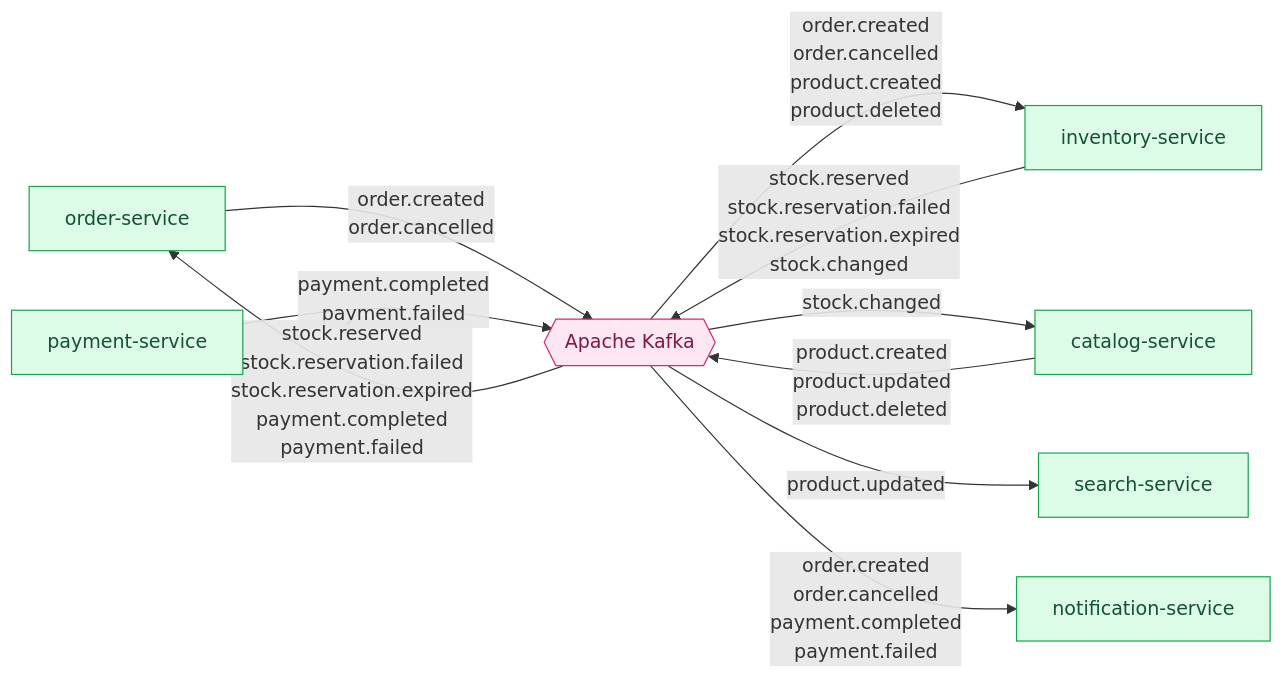
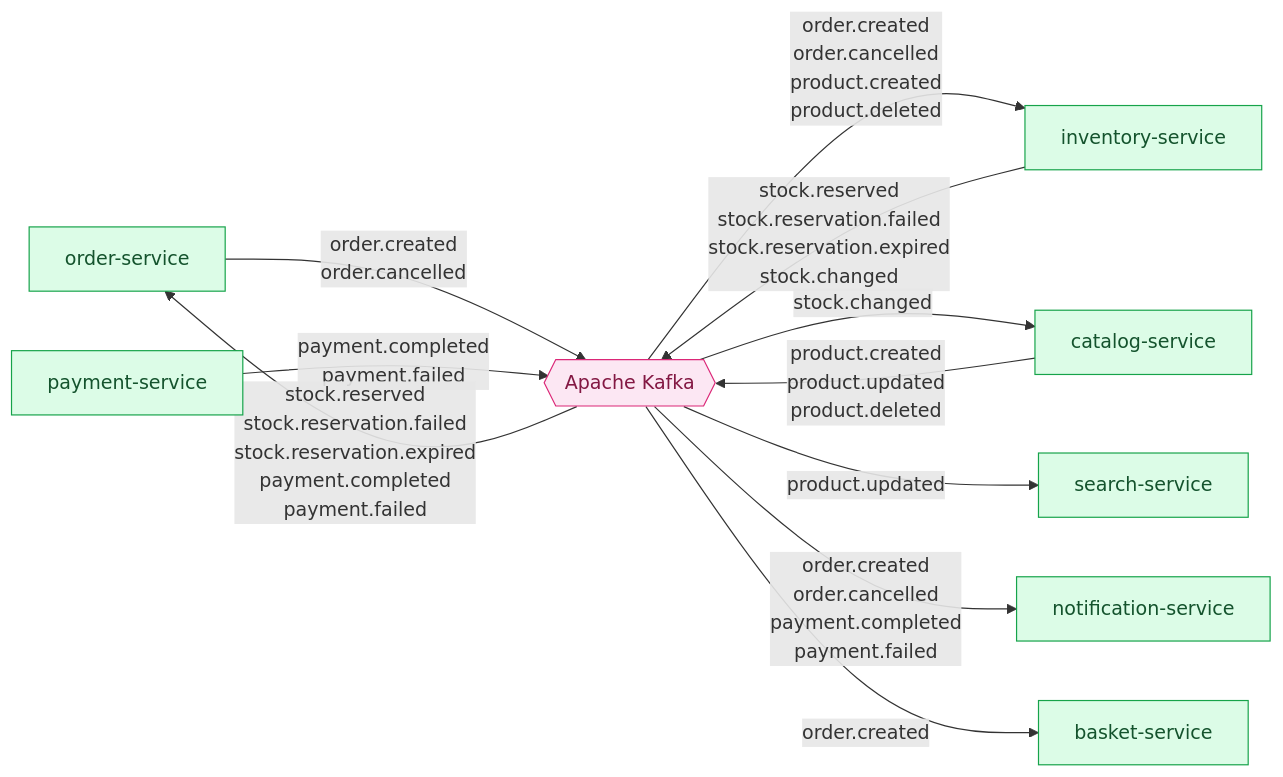
The second of 6 diagrams in README.md (yigitdemirko/marketplace), drawn with Mermaid before and after one commit. The commit also changed other lines of this file and 2 other files, not shown here.

Commit message:
docs: README + basket-service walkthrough (#140)

````diff
--- a/README.md
+++ b/README.md
@@ -120,27 +123,29 @@
 ```mermaid
 graph LR
     OS[order-service]
     CS[catalog-service]
     IV[inventory-service]
     PM[payment-service]
     SS[search-service]
     NS[notification-service]
+    BS[basket-service]
 
     K{{"Apache Kafka"}}
 
     OS -- "order.created<br/>order.cancelled" --> K
     PM -- "payment.completed<br/>payment.failed" --> K
     IV -- "stock.reserved<br/>stock.reservation.failed<br/>stock.reservation.expired<br/>stock.changed" --> K
     CS -- "product.created<br/>product.updated<br/>product.deleted" --> K
 
     K -- "order.created<br/>order.cancelled<br/>product.created<br/>product.deleted" --> IV
     K -- "stock.reserved<br/>stock.reservation.failed<br/>stock.reservation.expired<br/>payment.completed<br/>payment.failed" --> OS
     K -- "stock.changed" --> CS
     K -- "product.updated" --> SS
     K -- "order.created<br/>order.cancelled<br/>payment.completed<br/>payment.failed" --> NS
+    K -- "order.created" --> BS
 
     classDef svc fill:#dcfce7,stroke:#16a34a,color:#14532d
     classDef bus fill:#fce7f3,stroke:#db2777,color:#831843
-    class OS,CS,IV,PM,SS,NS svc
+    class OS,CS,IV,PM,SS,NS,BS svc
     class K bus
 ```
````
